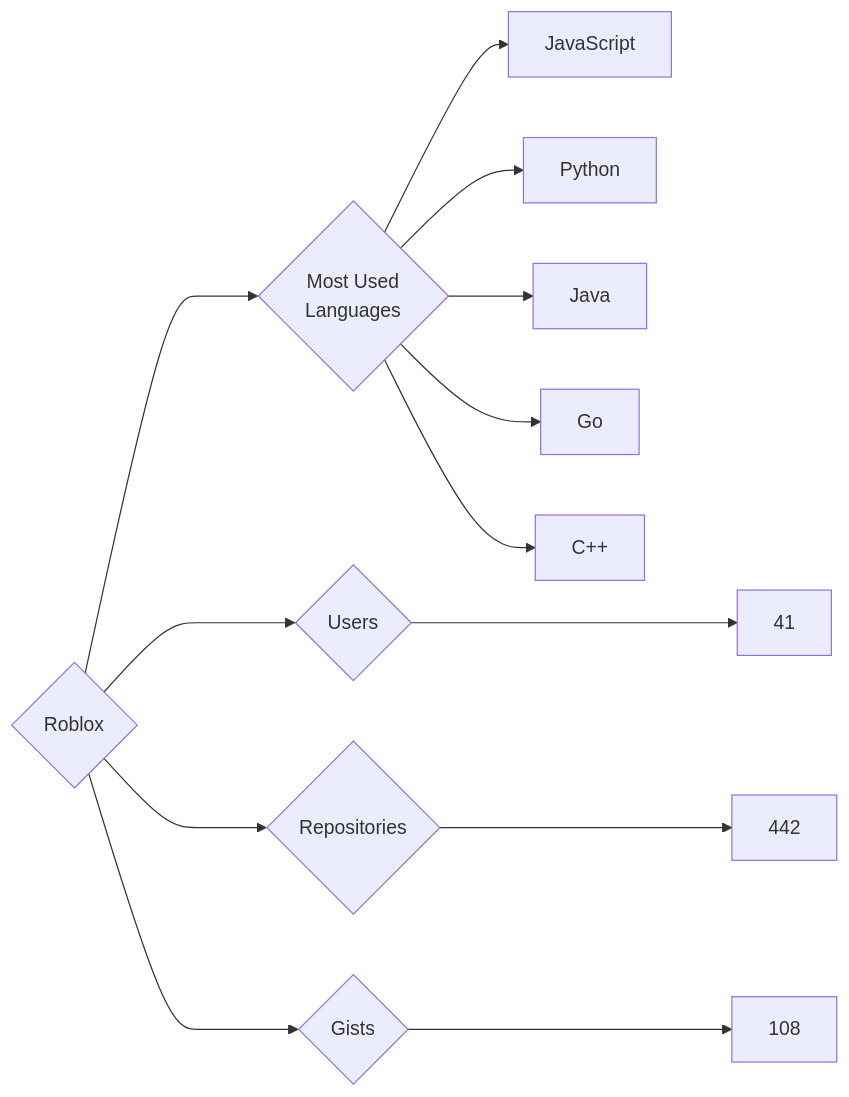
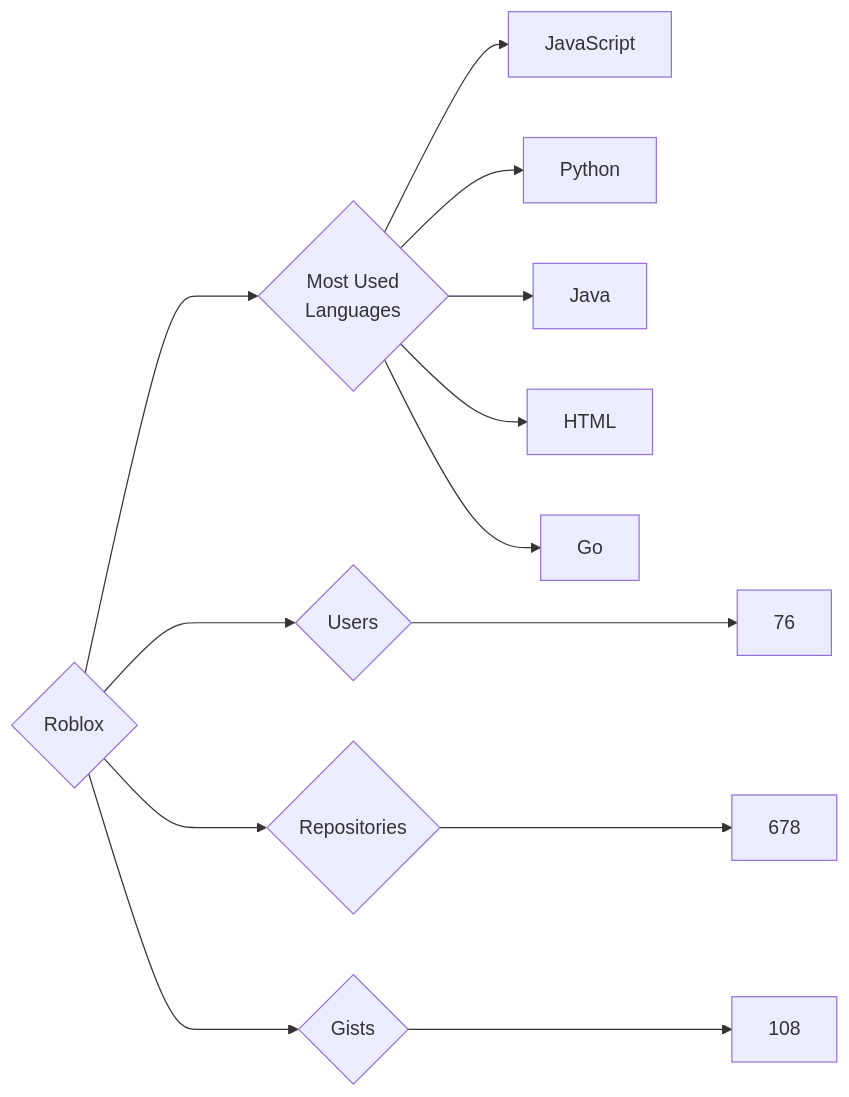
The diagram in targets/Roblox/README.md (trickest/insiders), drawn with Mermaid before and after one commit. The commit also changed 895 other files, not shown here.

````diff
--- a/targets/Roblox/README.md
+++ b/targets/Roblox/README.md
@@ -3,13 +3,13 @@
 ```mermaid
 graph LR
 COMPANY_NAME{Roblox}
-COMPANY_NAME ---> U{Users} ---> UN[41]
-COMPANY_NAME ---> R{Repositories} ---> RN[442]
+COMPANY_NAME ---> U{Users} ---> UN[76]
+COMPANY_NAME ---> R{Repositories} ---> RN[678]
 COMPANY_NAME ---> G{Gists} ---> GN[108]
 COMPANY_NAME ---> ML{Most Used<br>Languages}
 ML --> JavaScript[JavaScript]
 ML --> Python[Python]
 ML --> Java[Java]
+ML --> HTML[HTML]
 ML --> Go[Go]
-ML --> C++[C++]
 ```
````
